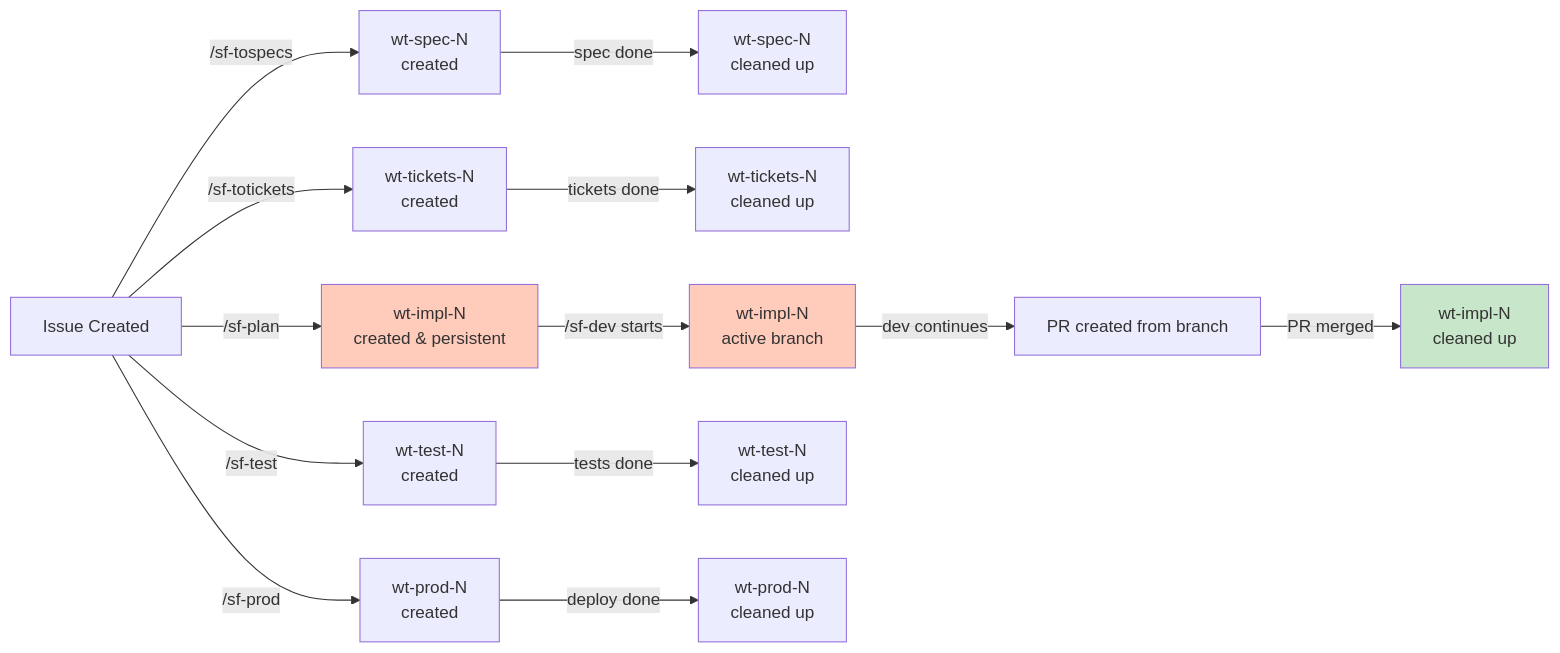
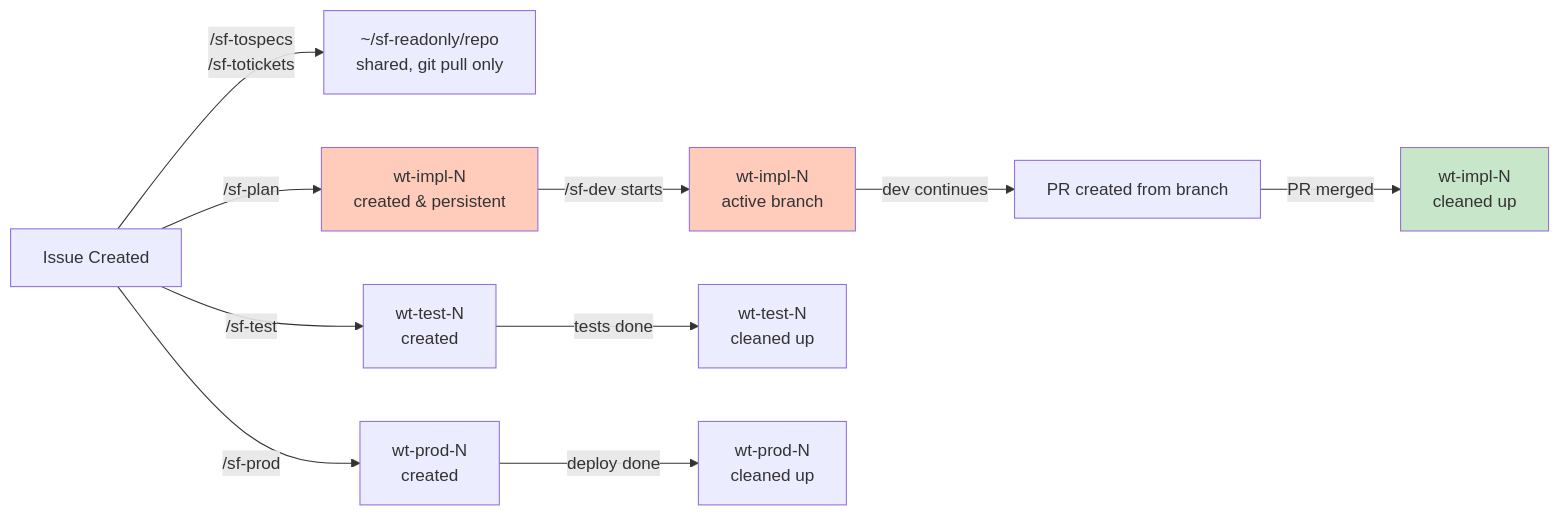
The second of 2 diagrams in 2026.07.26.Software_Factory_Design.md (kilo9alfa/softwarefactory), drawn with Mermaid before and after one commit. The commit also changed other lines of this file and 7 other files, not shown here.

````diff
--- a/2026.07.26.Software_Factory_Design.md
+++ b/2026.07.26.Software_Factory_Design.md
@@ -240,23 +354,19 @@
 ```mermaid
 graph LR
-    A["Issue Created"] -->|/sf-tospecs| B["wt-spec-N<br/>created"]
-    B -->|spec done| C["wt-spec-N<br/>cleaned up"]
-    
-    A -->|/sf-totickets| D["wt-tickets-N<br/>created"]
-    D -->|tickets done| E["wt-tickets-N<br/>cleaned up"]
-    
+    A["Issue Created"] -->|/sf-tospecs<br/>/sf-totickets| RO["~/sf-readonly/repo<br/>shared, git pull only"]
+
     A -->|/sf-plan| F["wt-impl-N<br/>created & persistent"]
     F -->|/sf-dev starts| G["wt-impl-N<br/>active branch"]
     G -->|dev continues| H["PR created from branch"]
     H -->|PR merged| I["wt-impl-N<br/>cleaned up"]
     
     A -->|/sf-test| J["wt-test-N<br/>created"]
     J -->|tests done| K["wt-test-N<br/>cleaned up"]
     
     A -->|/sf-prod| L["wt-prod-N<br/>created"]
     L -->|deploy done| M["wt-prod-N<br/>cleaned up"]
     
     style F fill:#ffccbc
     style G fill:#ffccbc
     style I fill:#c8e6c9
 ```
````
